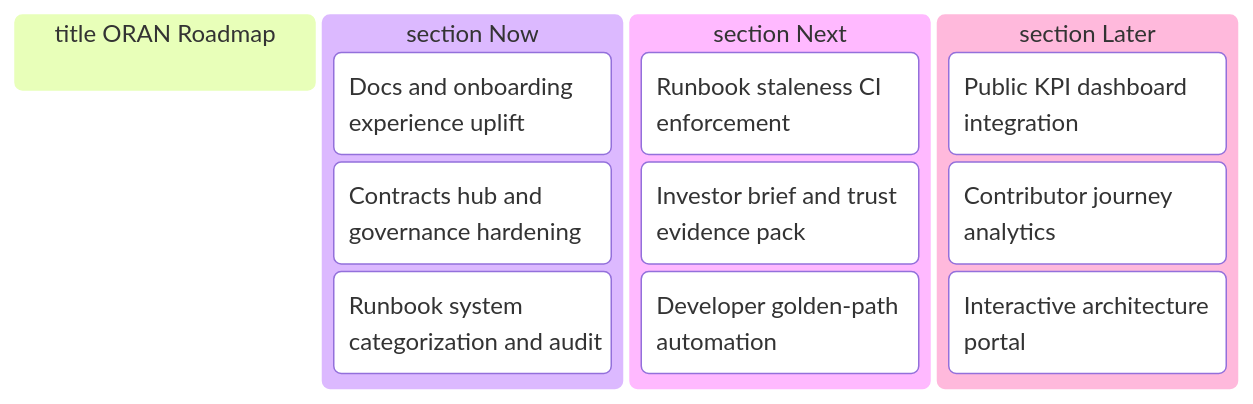
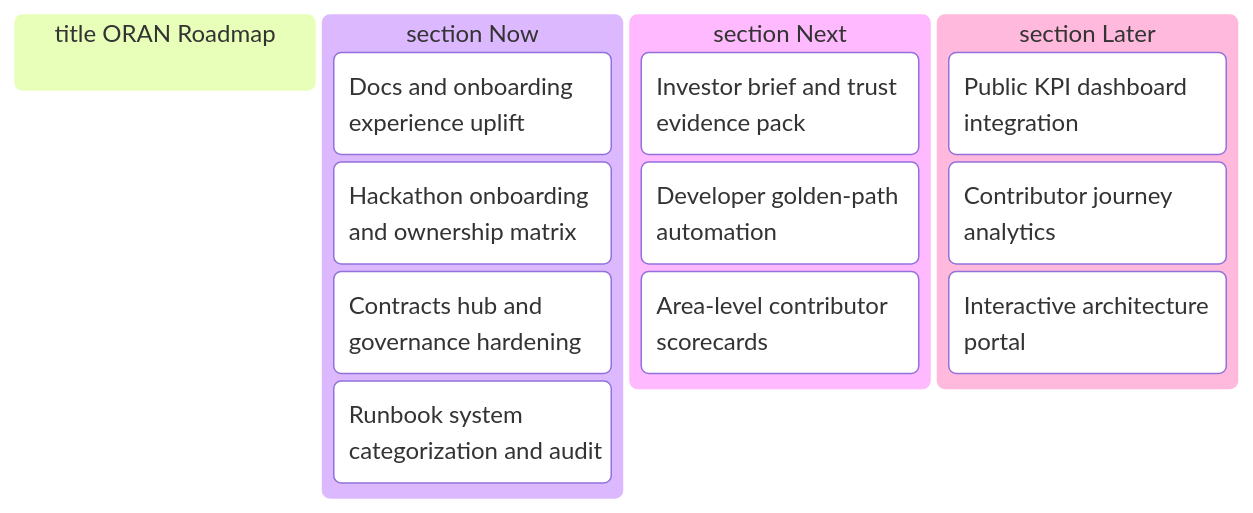
Before and after one commit to AutomatedEmpires/Open-Resource-Access-Network: the diagram in docs/ROADMAP_PUBLIC.md, drawn with Mermaid. The commit also changed other lines of this file and 6 other files, not shown here.

First line of the commit message:
docs(onboarding): add hackathon command center and ownership matrix

````diff
--- a/docs/ROADMAP_PUBLIC.md
+++ b/docs/ROADMAP_PUBLIC.md
@@ -7,16 +7,17 @@
 ```mermaid
 kanban
   title ORAN Roadmap
   section Now
     Docs and onboarding experience uplift
+    Hackathon onboarding and ownership matrix
     Contracts hub and governance hardening
     Runbook system categorization and audit
   section Next
-    Runbook staleness CI enforcement
     Investor brief and trust evidence pack
     Developer golden-path automation
+    Area-level contributor scorecards
   section Later
     Public KPI dashboard integration
     Contributor journey analytics
     Interactive architecture portal
 ```
````
